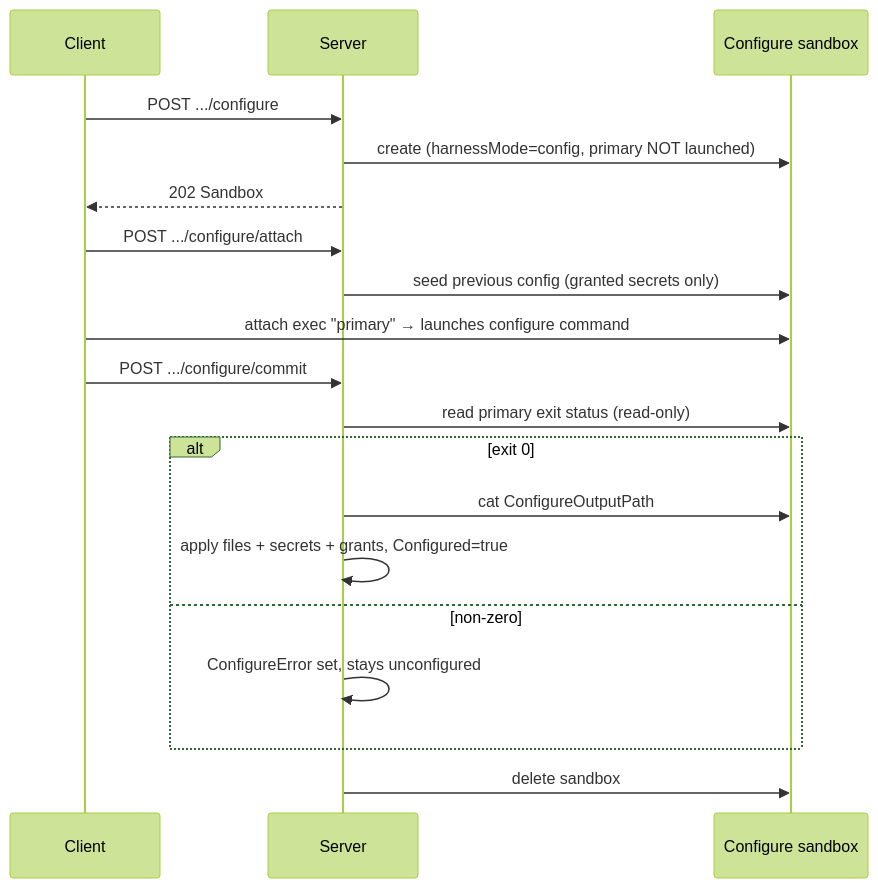
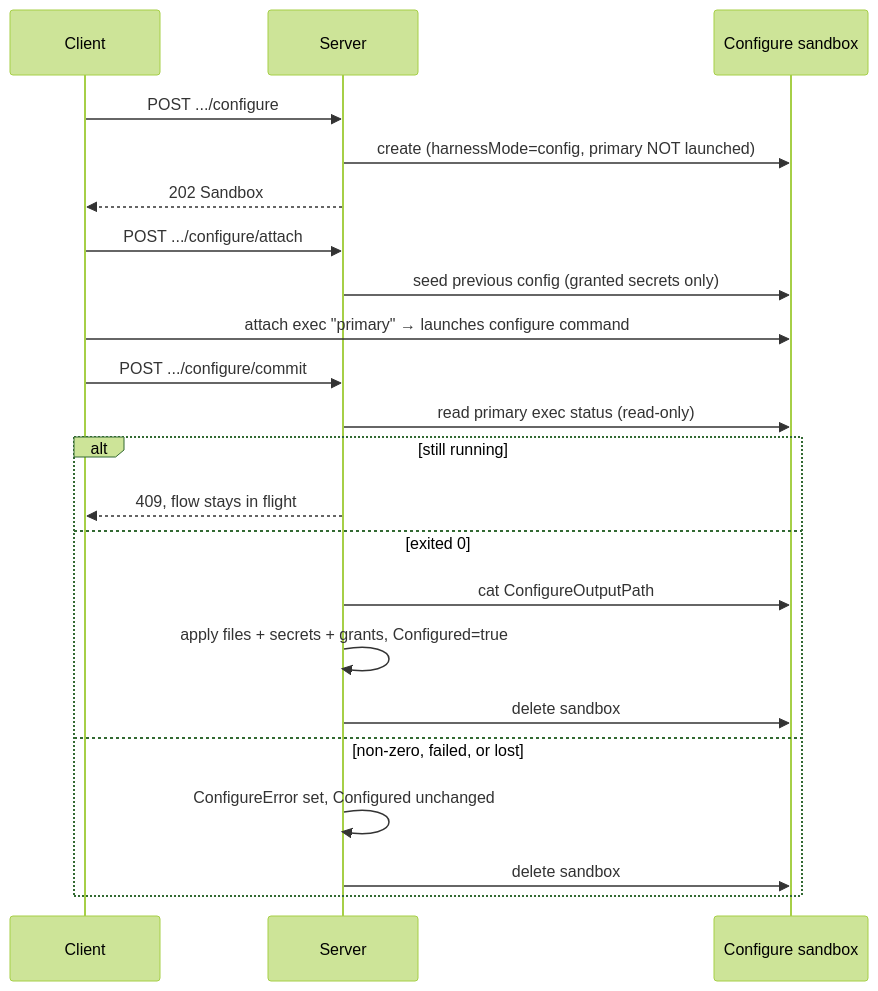
Before and after one commit to discobox-ai/discobox: the diagram in server/internal/resources/harnessconfigs/DESIGN.md, drawn with Mermaid (forest theme). The commit also changed other lines of this file and 37 other files, not shown here.

````diff
--- a/server/internal/resources/harnessconfigs/DESIGN.md
+++ b/server/internal/resources/harnessconfigs/DESIGN.md
@@ -107,21 +120,24 @@
 ```mermaid
 sequenceDiagram
     participant C as Client
     participant S as Server
     participant B as Configure sandbox
     C->>S: POST .../configure
     S->>B: create (harnessMode=config, primary NOT launched)
     S-->>C: 202 Sandbox
     C->>S: POST .../configure/attach
     S->>B: seed previous config (granted secrets only)
     C->>B: attach exec "primary" → launches configure command
     C->>S: POST .../configure/commit
-    S->>B: read primary exit status (read-only)
-    alt exit 0
+    S->>B: read primary exec status (read-only)
+    alt still running
+        S-->>C: 409, flow stays in flight
+    else exited 0
         S->>B: cat ConfigureOutputPath
         S->>S: apply files + secrets + grants, Configured=true
-    else non-zero
-        S->>S: ConfigureError set, stays unconfigured
+        S->>B: delete sandbox
+    else non-zero, failed, or lost
+        S->>S: ConfigureError set, Configured unchanged
+        S->>B: delete sandbox
     end
-    S->>B: delete sandbox
 ```
````
